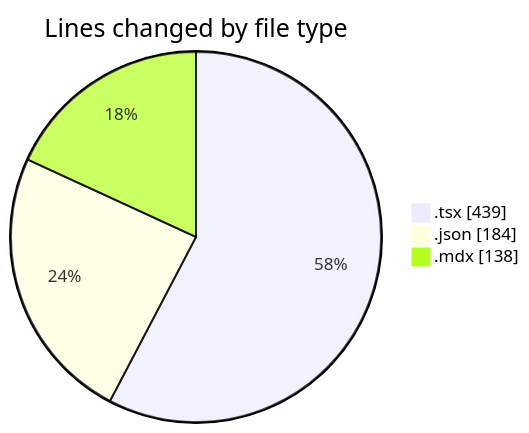
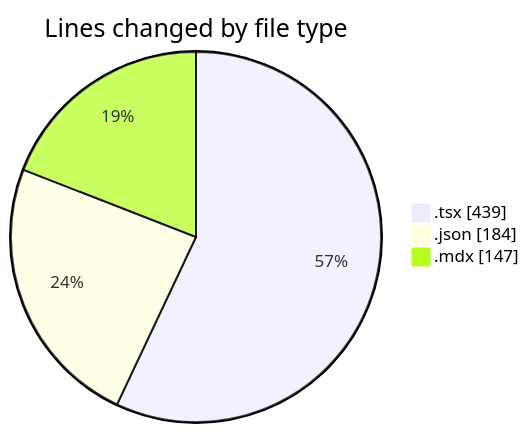
One commit to momahboobian/code-tracking changed the first of 2 diagrams in 2026-01-12/cda/README.md. Above: the diagram before and after it, drawn with Mermaid. The commit also changed other lines of this file and 1 other file, not shown here.

````diff
--- a/2026-01-12/cda/README.md
+++ b/2026-01-12/cda/README.md
@@ -22,7 +22,7 @@
 ```mermaid
 pie showData
 title Lines changed by file type
 ".tsx" : 439
 ".json" : 184
-".mdx" : 138
+".mdx" : 147
 ```
````
